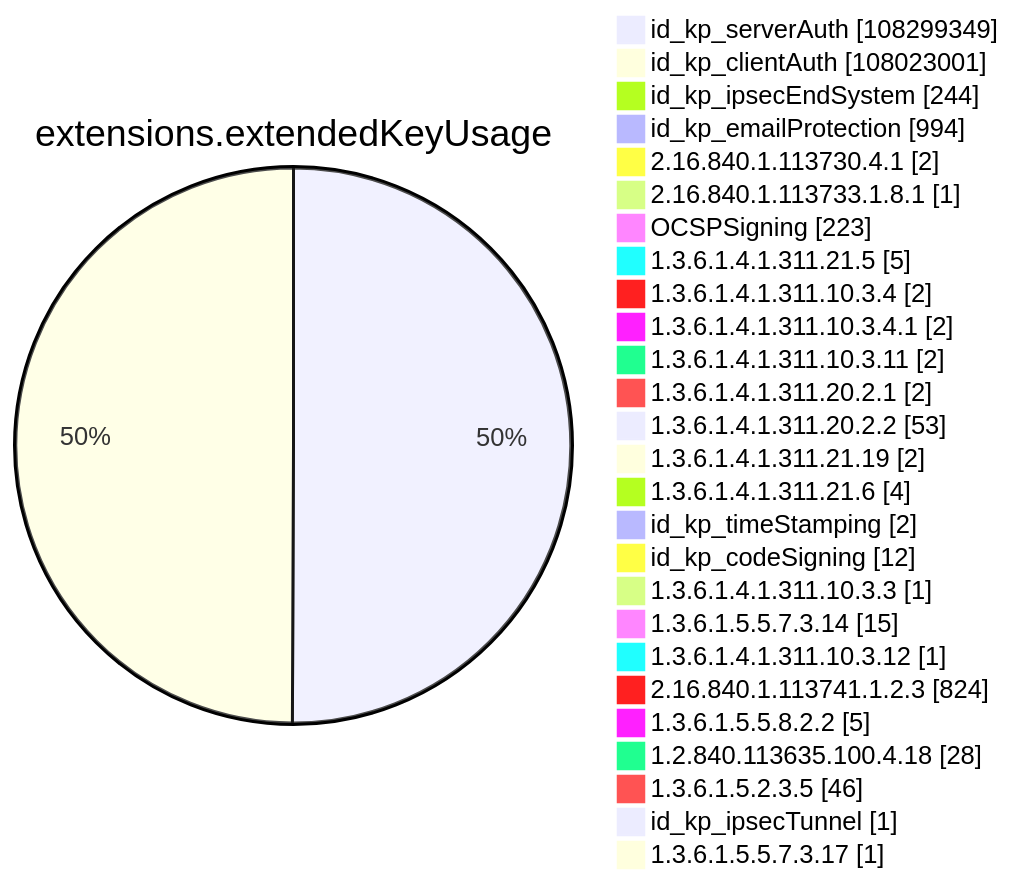
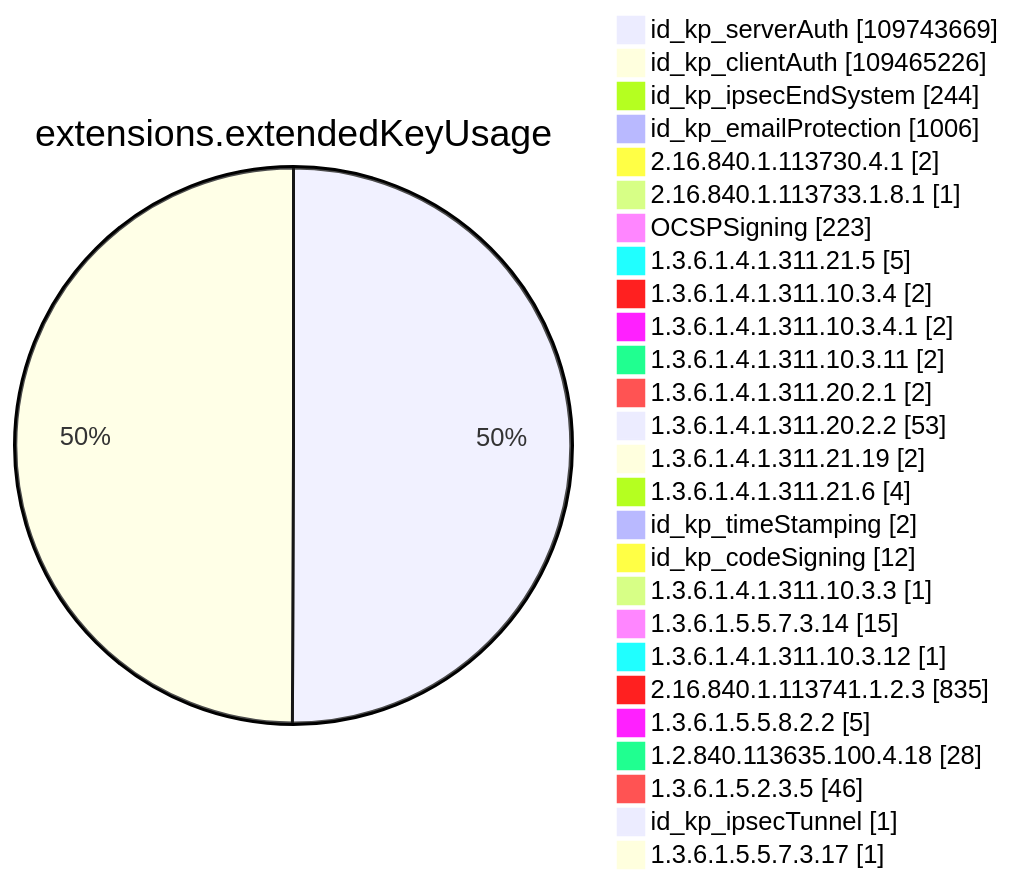
Diagram 11 of 15 in xenon2023/README.md (christiankrug/ctmonitor_visualization), drawn with Mermaid before and after one commit. The commit also changed other lines of this file, not shown here.

````diff
--- a/xenon2023/README.md
+++ b/xenon2023/README.md
@@ -2645,30 +2648,30 @@
 ```mermaid
 pie showData
 title extensions.extendedKeyUsage
-"id_kp_serverAuth" :108299349
-"id_kp_clientAuth" :108023001
+"id_kp_serverAuth" :109743669
+"id_kp_clientAuth" :109465226
 "id_kp_ipsecEndSystem" :244
-"id_kp_emailProtection" :994
+"id_kp_emailProtection" :1006
 "2.16.840.1.113730.4.1" :2
 "2.16.840.1.113733.1.8.1" :1
 "OCSPSigning" :223
 "1.3.6.1.4.1.311.21.5" :5
 "1.3.6.1.4.1.311.10.3.4" :2
 "1.3.6.1.4.1.311.10.3.4.1" :2
 "1.3.6.1.4.1.311.10.3.11" :2
 "1.3.6.1.4.1.311.20.2.1" :2
 "1.3.6.1.4.1.311.20.2.2" :53
 "1.3.6.1.4.1.311.21.19" :2
 "1.3.6.1.4.1.311.21.6" :4
 "id_kp_timeStamping" :2
 "id_kp_codeSigning" :12
 "1.3.6.1.4.1.311.10.3.3" :1
 "1.3.6.1.5.5.7.3.14" :15
 "1.3.6.1.4.1.311.10.3.12" :1
-"2.16.840.1.113741.1.2.3" :824
+"2.16.840.1.113741.1.2.3" :835
 "1.3.6.1.5.5.8.2.2" :5
 "1.2.840.113635.100.4.18" :28
 "1.3.6.1.5.2.3.5" :46
 "id_kp_ipsecTunnel" :1
 "1.3.6.1.5.5.7.3.17" :1
 ```
````
